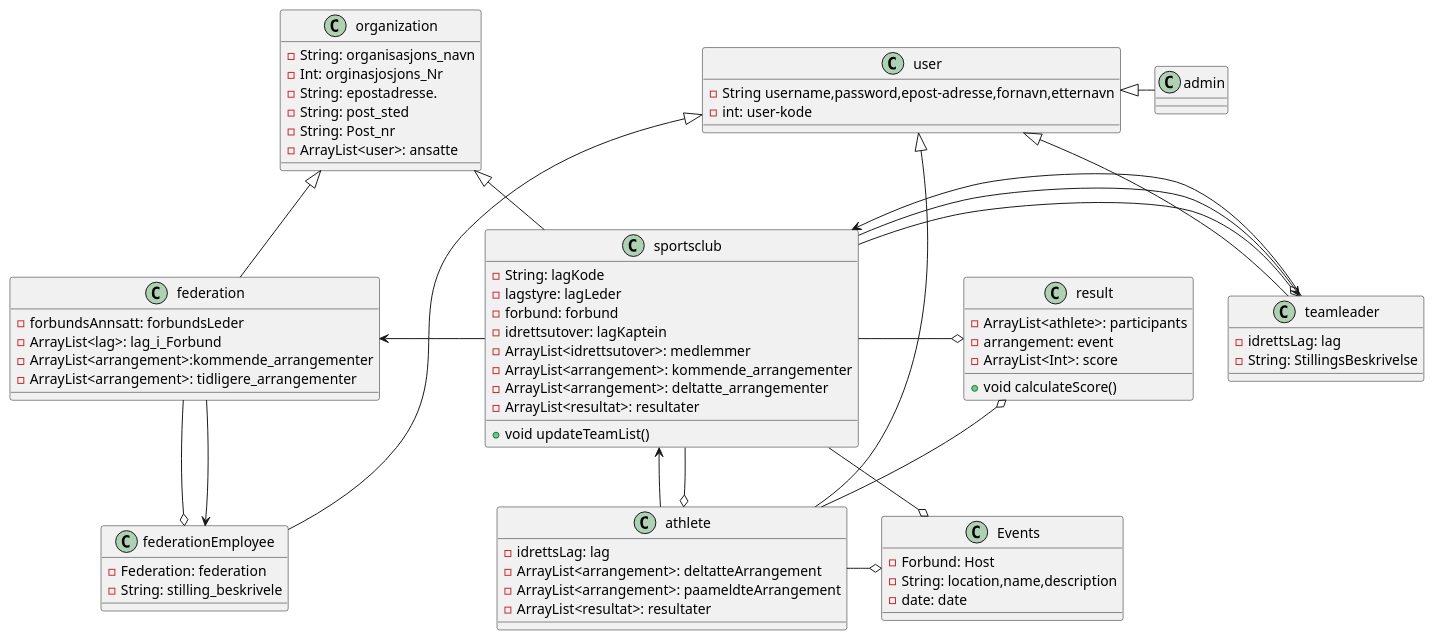
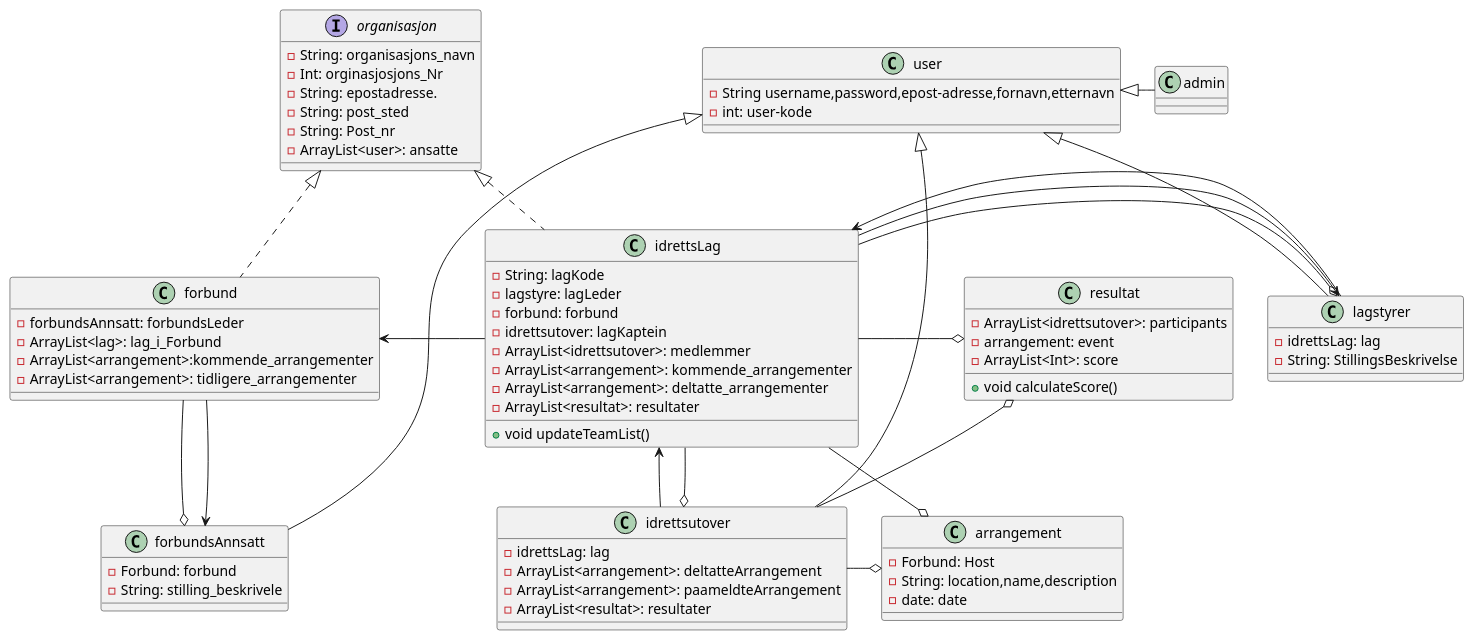
The diagram in uml/classeDiagram/ClasseDiagram_12_10.puml (tobbibias/GruppeOppgaven-H2019-Gruppe-11), drawn with PlantUML before and after one commit. The commit also changed 35 other files, not shown here.

```diff
--- a/uml/classeDiagram/ClasseDiagram_12_10.puml
+++ b/uml/classeDiagram/ClasseDiagram_12_10.puml
@@ -1,98 +1,103 @@
 @startuml
 class user{
     -String username,password,epost-adresse,fornavn,etternavn
     -int: user-kode
 }
-Class organization{
+interface organisasjon{
     -String: organisasjons_navn
     -Int: orginasjosjons_Nr
     -String: epostadresse.
     -String: post_sted
     -String: Post_nr
     -ArrayList<user>: ansatte
 }
 
-class athlete{
+class idrettsutover{
     -idrettsLag: lag
     -ArrayList<arrangement>: deltatteArrangement
     -ArrayList<arrangement>: paameldteArrangement
     -ArrayList<resultat>: resultater
 }
 
 
-class sportsclub{
+class idrettsLag{
     -String: lagKode
     -lagstyre: lagLeder
     -forbund: forbund
     -idrettsutover: lagKaptein
     -ArrayList<idrettsutover>: medlemmer
     -ArrayList<arrangement>: kommende_arrangementer
     -ArrayList<arrangement>: deltatte_arrangementer
     -ArrayList<resultat>: resultater
     +void updateTeamList()
 }
 
 
-class teamleader{
+class lagstyrer{
      -idrettsLag: lag
      -String: StillingsBeskrivelse
 
 }
 
 
-class federation{
+class forbund{
     -forbundsAnnsatt: forbundsLeder
     -ArrayList<lag>: lag_i_Forbund
     -ArrayList<arrangement>:kommende_arrangementer
     -ArrayList<arrangement>: tidligere_arrangementer
 }
 
-class federationEmployee{
-    -Federation: federation
+class forbundsAnnsatt{
+    -Forbund: forbund
     -String: stilling_beskrivele
 }
 
-class Events{
+class arrangement{
     -Forbund: Host
     -String: location,name,description
     -date: date
 }
 
 class admin{
 
 }
-class result{
-    -ArrayList<athlete>: participants
+class resultat{
+    -ArrayList<idrettsutover>: participants
     -arrangement: event
     -ArrayList<Int>: score
     +void calculateScore()
 }
 
 
-athlete -up-|> user
-athlete -left-> sportsclub
-athlete -up-o result
-athlete -right-o Events
-
-sportsclub -up-|> organization
-sportsclub --o athlete
-sportsclub -right-o teamleader
-sportsclub -right-> teamleader
-sportsclub --o Events
-sportsclub -left-> federation
-sportsclub -right-o result
 
 
-teamleader -up-|> user
-teamleader -right-> sportsclub
 
 
-federation --o federationEmployee
-federation --> federationEmployee
 
-federationEmployee -up-|> user
+idrettsutover -up-|> user
+idrettsutover -left-> idrettsLag
+idrettsutover -up-o resultat
+idrettsutover -right-o arrangement
+
+idrettsLag .up.|> organisasjon
+idrettsLag --o idrettsutover
+idrettsLag -right-o lagstyrer
+idrettsLag -right-> lagstyrer
+idrettsLag --o arrangement
+idrettsLag -left-> forbund
+idrettsLag -right-o resultat
+
+
+lagstyrer -up-|> user
+lagstyrer -right-> idrettsLag
+
+
+forbund --o forbundsAnnsatt
+forbund --> forbundsAnnsatt
+
+forbundsAnnsatt -up-|> user
 admin -left-|> user
 
 
-federation -up-|> organization
+forbund .up.|> organisasjon
 @enduml
```
